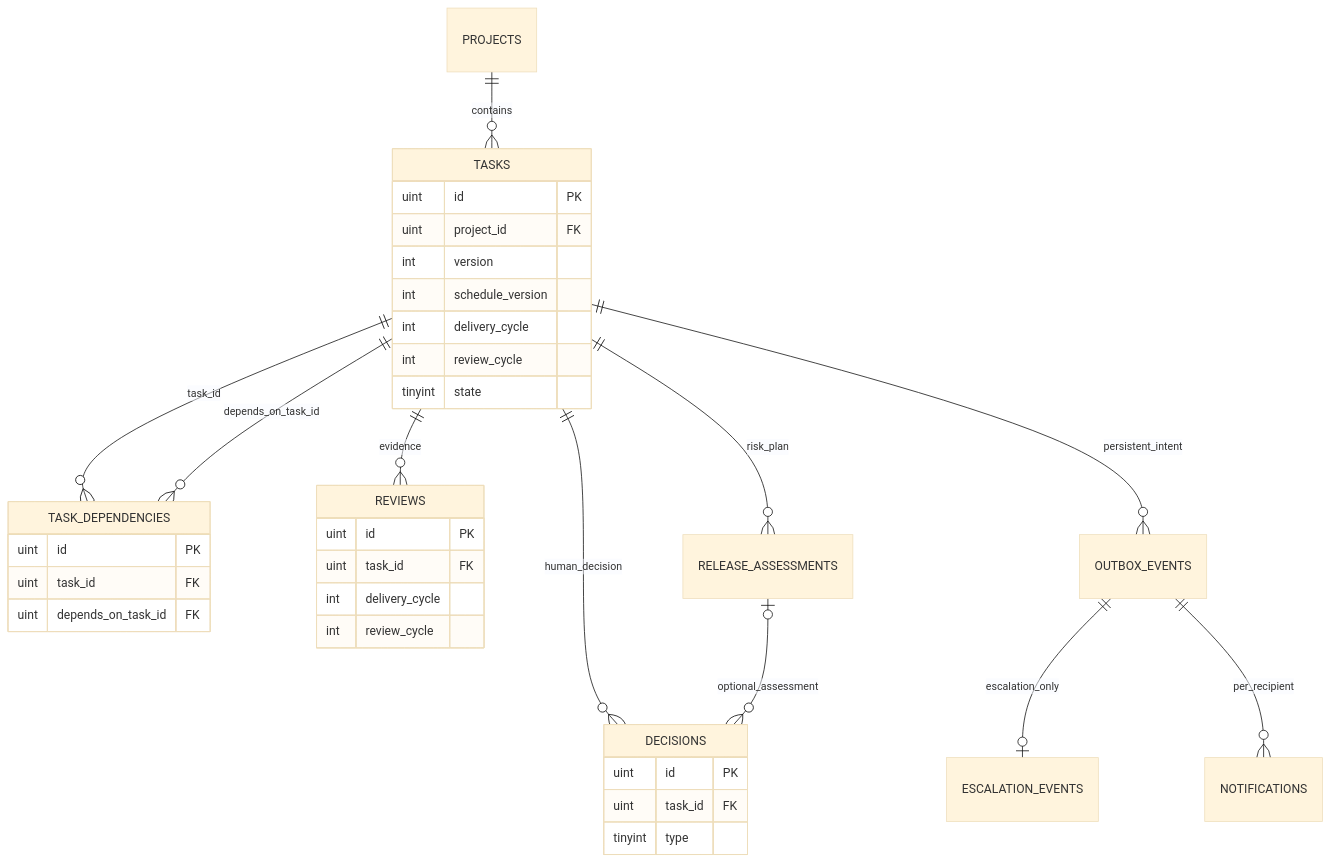
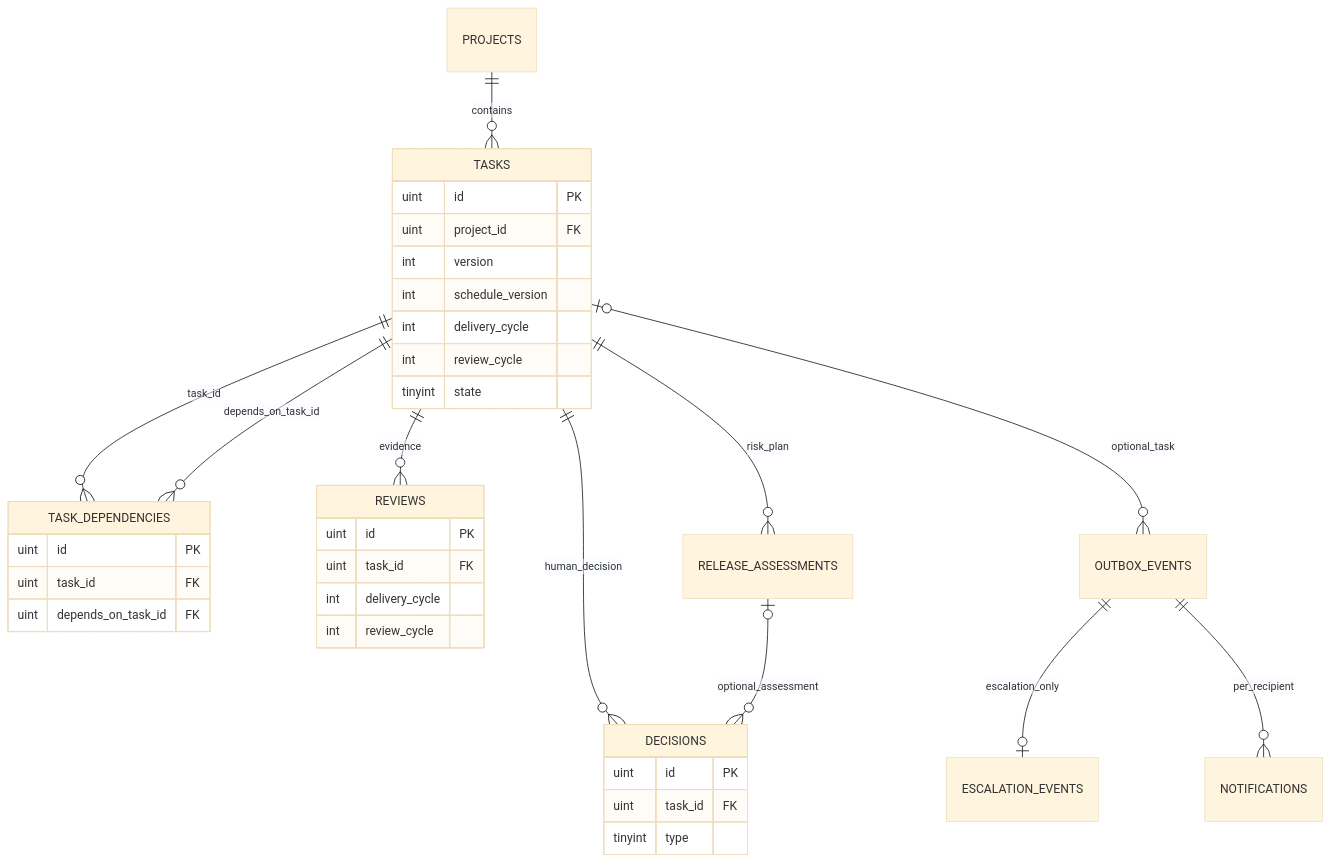
One commit to HJY147/t44-dev-trace changed the second of 4 diagrams in reports/final/design-report.md. Above: the diagram before and after it, drawn with Mermaid (base theme). The commit also changed other lines of this file and 56 other files, not shown here.

Commit message:
docs: render eight traceable requirement and design diagrams with corrected semantics

````diff
--- a/reports/final/design-report.md
+++ b/reports/final/design-report.md
@@ -81,38 +83,38 @@
 ```mermaid
 erDiagram
   PROJECTS ||--o{ TASKS : contains
   TASKS ||--o{ TASK_DEPENDENCIES : task_id
   TASKS ||--o{ TASK_DEPENDENCIES : depends_on_task_id
   TASKS ||--o{ REVIEWS : evidence
   TASKS ||--o{ RELEASE_ASSESSMENTS : risk_plan
   TASKS ||--o{ DECISIONS : human_decision
   RELEASE_ASSESSMENTS o|--o{ DECISIONS : optional_assessment
-  TASKS ||--o{ OUTBOX_EVENTS : persistent_intent
+  TASKS o|--o{ OUTBOX_EVENTS : optional_task
   OUTBOX_EVENTS ||--o| ESCALATION_EVENTS : escalation_only
   OUTBOX_EVENTS ||--o{ NOTIFICATIONS : per_recipient
   TASKS {
     uint id PK
     uint project_id FK
     int version
     int schedule_version
     int delivery_cycle
     int review_cycle
     tinyint state
   }
   TASK_DEPENDENCIES {
     uint id PK
     uint task_id FK
     uint depends_on_task_id FK
   }
   REVIEWS {
     uint id PK
     uint task_id FK
     int delivery_cycle
     int review_cycle
   }
   DECISIONS {
     uint id PK
     uint task_id FK
     tinyint type
   }
 ```
````
